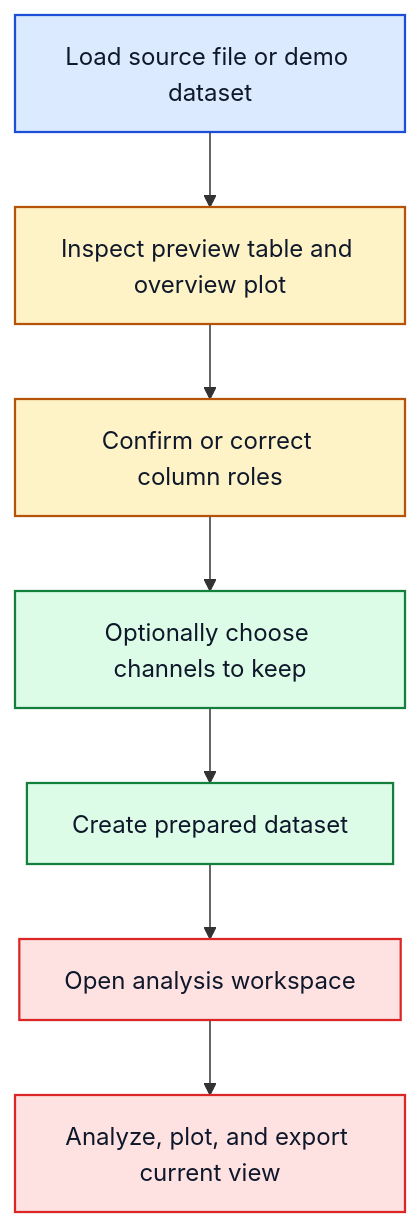
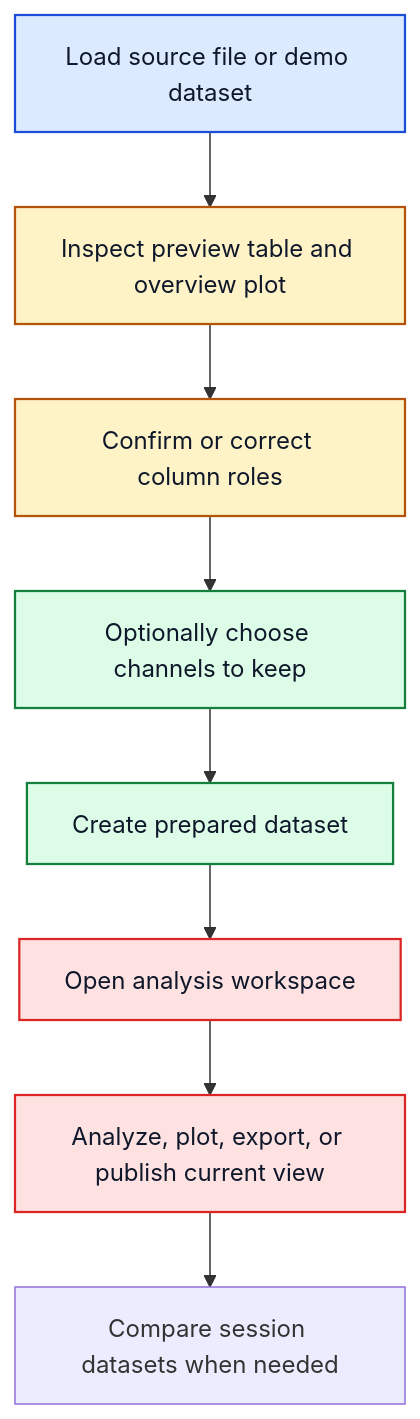
The first of 2 diagrams in docs/user-guide.md (jameskiki/Data-Signals-and-Systems), drawn with Mermaid before and after one commit. The commit also changed other lines of this file and 13 other files, not shown here.

````diff
--- a/docs/user-guide.md
+++ b/docs/user-guide.md
@@ -11,19 +11,20 @@
 ```mermaid
 flowchart TB
     A[Load source file or demo dataset] --> B[Inspect preview table and overview plot]
     B --> C[Confirm or correct column roles]
     C --> D[Optionally choose channels to keep]
     D --> E[Create prepared dataset]
     E --> F[Open analysis workspace]
-    F --> G[Analyze, plot, and export current view]
+    F --> G[Analyze, plot, export, or publish current view]
+    G --> H[Compare session datasets when needed]
 
     classDef source fill:#dbeafe,stroke:#1d4ed8,color:#0f172a,stroke-width:1.5px;
     classDef inspect fill:#fef3c7,stroke:#b45309,color:#0f172a,stroke-width:1.5px;
     classDef prepare fill:#dcfce7,stroke:#15803d,color:#0f172a,stroke-width:1.5px;
     classDef analysis fill:#fee2e2,stroke:#dc2626,color:#0f172a,stroke-width:1.5px;
 
     class A source;
     class B,C inspect;
     class D,E prepare;
     class F,G analysis;
 ```
````
